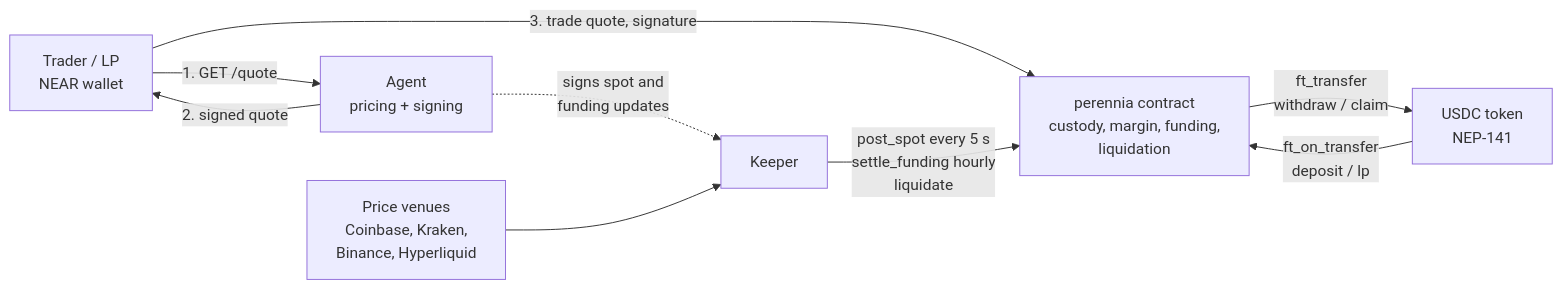
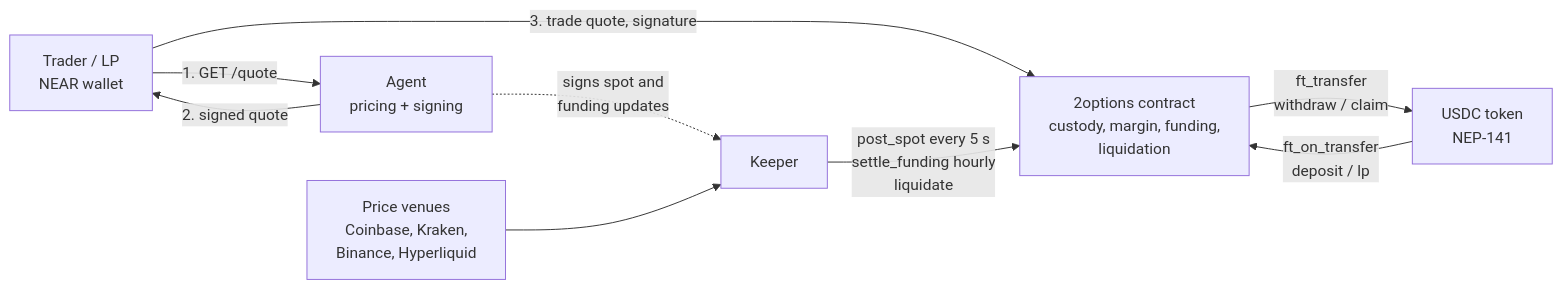
One commit to Aditya-dom/2options changed the diagram in README.md. Above: the diagram before and after it, drawn with Mermaid. The commit also changed other lines of this file and 82 other files, not shown here.

````diff
--- a/README.md
+++ b/README.md
@@ -41,11 +41,11 @@
 ```mermaid
 flowchart LR
     T[Trader / LP<br/>NEAR wallet] -->|1. GET /quote| A
     A[Agent<br/>pricing + signing] -->|2. signed quote| T
     T -->|3. trade quote, signature| C
     U[USDC token<br/>NEP-141] -->|ft_on_transfer<br/>deposit / lp| C
-    C[perennia contract<br/>custody, margin, funding,<br/>liquidation] -->|ft_transfer<br/>withdraw / claim| U
+    C[2options contract<br/>custody, margin, funding,<br/>liquidation] -->|ft_transfer<br/>withdraw / claim| U
     K[Keeper] -->|post_spot every 5 s<br/>settle_funding hourly<br/>liquidate| C
     A -. signs spot and<br/>funding updates .-> K
     V[Price venues<br/>Coinbase, Kraken,<br/>Binance, Hyperliquid] --> K
 ```
````
